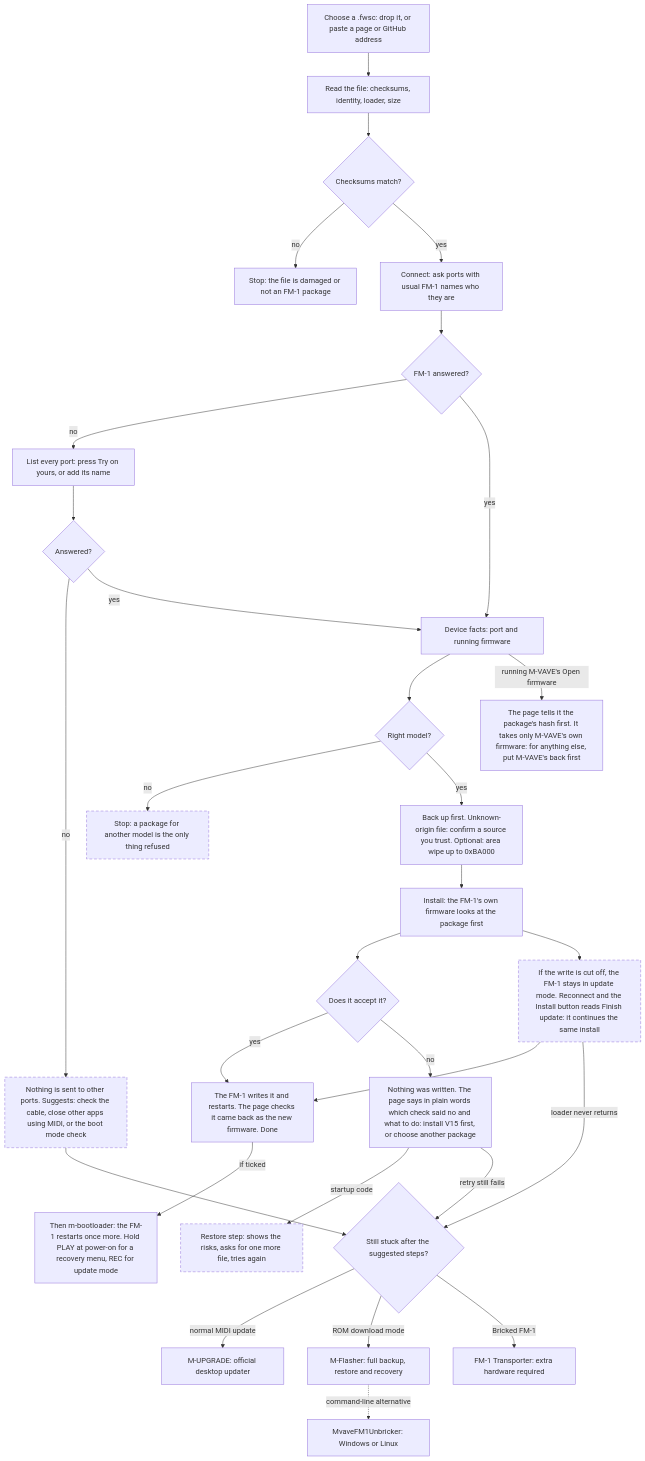
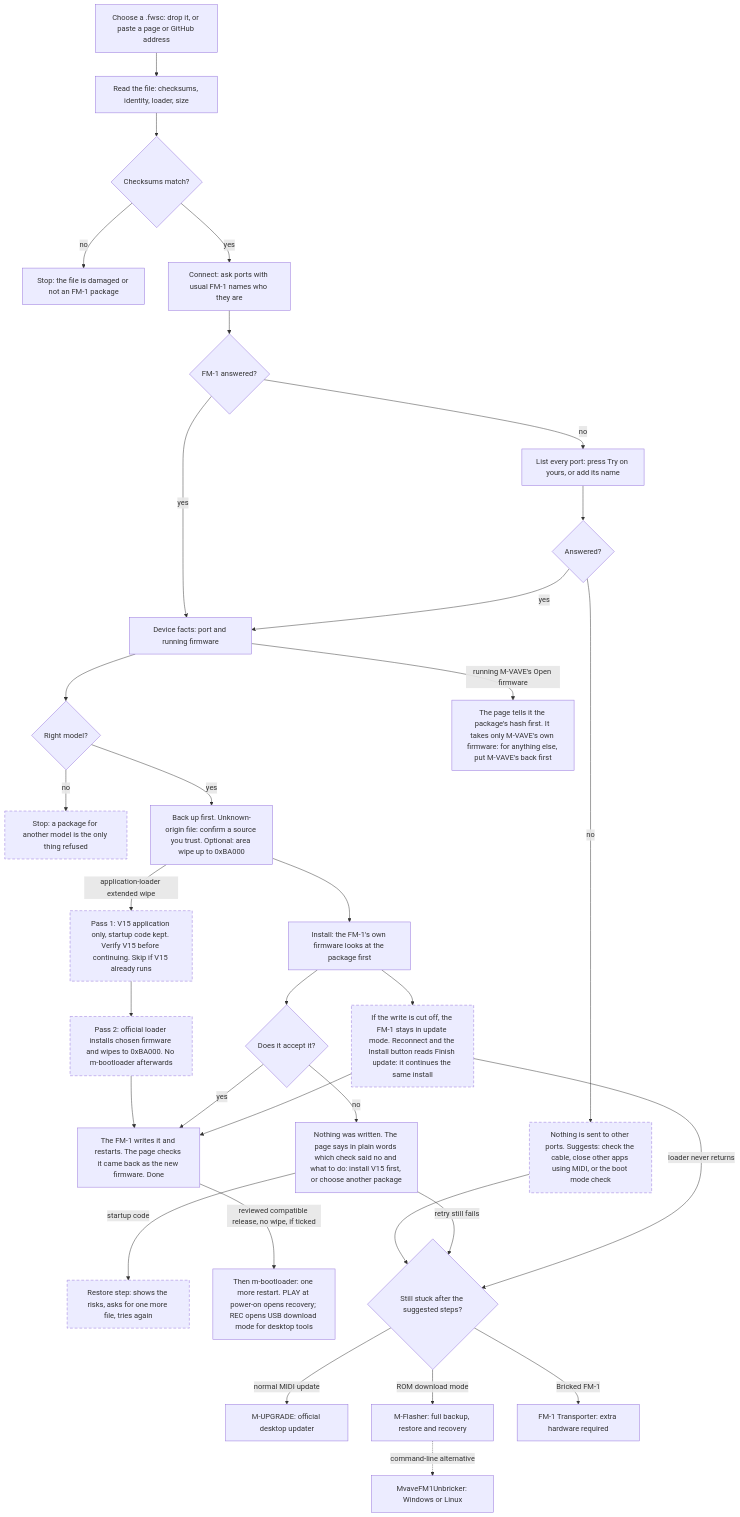
The first of 2 diagrams in README.md (seajaysec/fm-static), drawn with Mermaid before and after one commit. The commit also changed other lines of this file and 8 other files, not shown here.

Commit message:
Make extended wipes phase-aware and gate bootloader compatibility

````diff
--- a/README.md
+++ b/README.md
@@ -98,34 +115,37 @@
 ```mermaid
 flowchart TD
   A[Choose a .fwsc: drop it, or paste a page or GitHub address] --> B[Read the file: checksums, identity, loader, size]
   B --> C{Checksums match?}
   C -- no --> C1[Stop: the file is damaged or not an FM-1 package]
   C -- yes --> D[Connect: ask ports with usual FM-1 names who they are]
   D --> E{FM-1 answered?}
   E -- no --> F[List every port: press Try on yours, or add its name]
   F --> G{Answered?}
   G -- no --> H[Nothing is sent to other ports. Suggests: check the cable, close other apps using MIDI, or the boot mode check]
   E -- yes --> I[Device facts: port and running firmware]
   G -- yes --> I
   I --> J{Right model?}
   I -- "running M-VAVE's Open firmware" --> X[The page tells it the package's hash first. It takes only M-VAVE's own firmware: for anything else, put M-VAVE's back first]
   J -- no --> J1[Stop: a package for another model is the only thing refused]
   J -- yes --> K[Back up first. Unknown-origin file: confirm a source you trust. Optional: area wipe up to 0xBA000]
   K --> M[Install: the FM-1's own firmware looks at the package first]
+  K -- application-loader extended wipe --> P[Pass 1: V15 application only, startup code kept. Verify V15 before continuing. Skip if V15 already runs]
+  P --> P2[Pass 2: official loader installs chosen firmware and wipes to 0xBA000. No m-bootloader afterwards]
+  P2 --> O
   M --> N{Does it accept it?}
   N -- yes --> O[The FM-1 writes it and restarts. The page checks it came back as the new firmware. Done]
   N -- no --> Q[Nothing was written. The page says in plain words which check said no and what to do: install V15 first, or choose another package]
   Q -- startup code --> R[Restore step: shows the risks, asks for one more file, tries again]
-  O -- if ticked --> W[Then m-bootloader: the FM-1 restarts once more. Hold PLAY at power-on for a recovery menu, REC for update mode]
+  O -- reviewed compatible release, no wipe, if ticked --> W[Then m-bootloader: one more restart. PLAY at power-on opens recovery; REC opens USB download mode for desktop tools]
   M --> S[If the write is cut off, the FM-1 stays in update mode. Reconnect and the Install button reads Finish update: it continues the same install]
   S --> O
   H --> T{Still stuck after the suggested steps?}
   Q -- retry still fails --> T
   S -- loader never returns --> T
   T -- normal MIDI update --> U[M-UPGRADE: official desktop updater]
   T -- ROM download mode --> V[M-Flasher: full backup, restore and recovery]
   V -. command-line alternative .-> Z[MvaveFM1Unbricker: Windows or Linux]
   T -- Bricked FM-1 --> Y[FM-1 Transporter: extra hardware required]
   classDef notrun stroke-dasharray: 6 4
-  class H,J1,S,R notrun
+  class H,J1,S,R,P,P2 notrun
 ```
````
